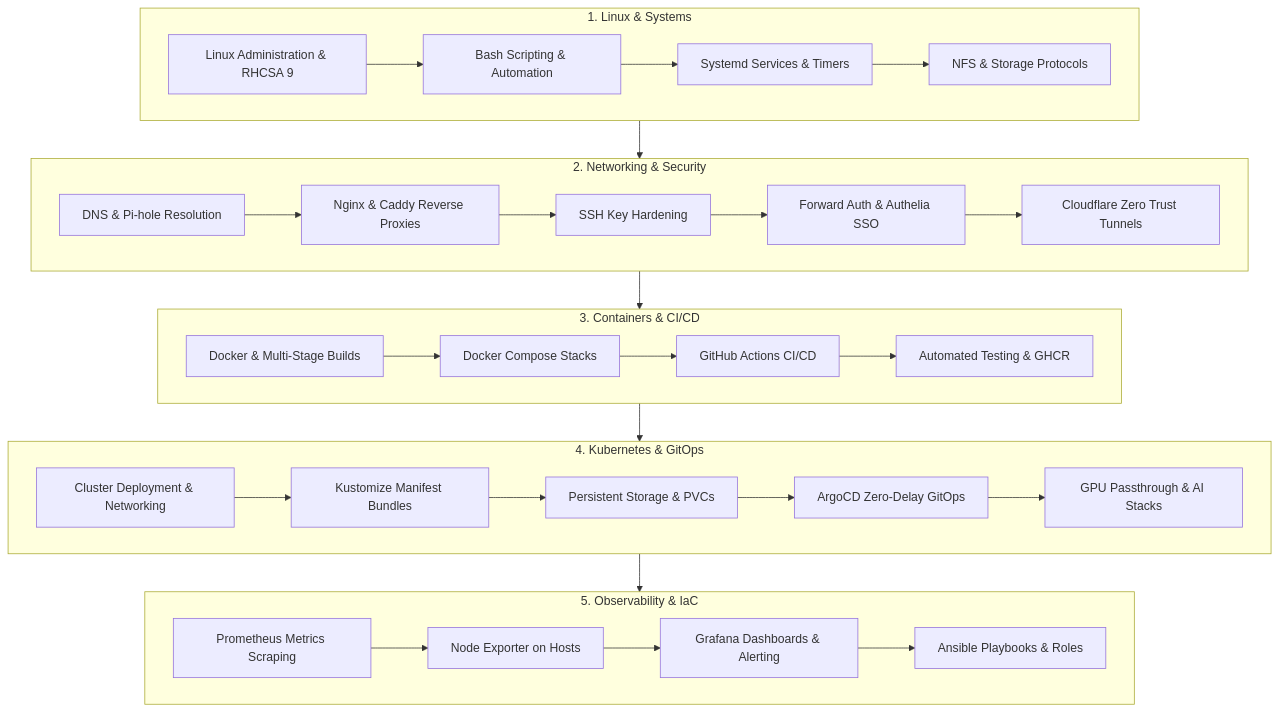
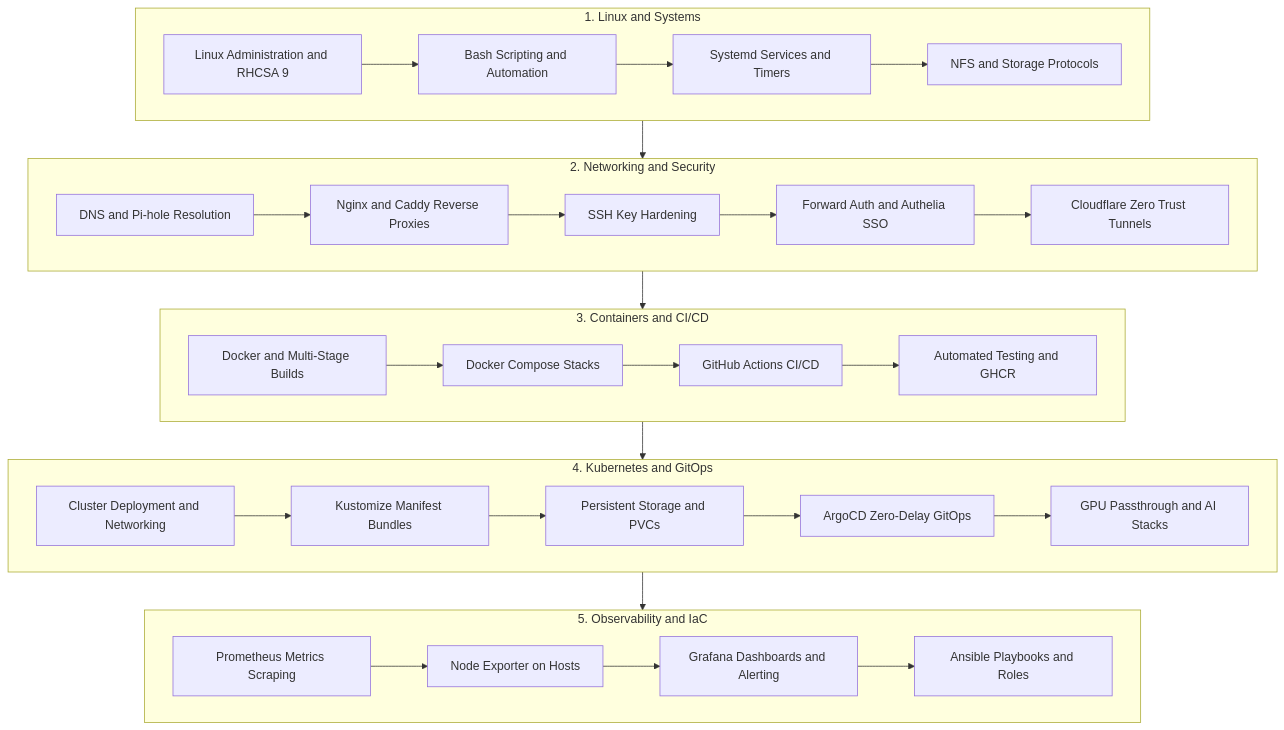
One commit to aayasir2177/homenode.online-personal-documentation changed the diagram in docs/overview/roadmap.md. Above: the diagram before and after it, drawn with Mermaid. The commit also changed other lines of this file and 9 other files, not shown here.

Commit message:
fix: integrate vitepress-plugin-mermaid for flowchart rendering

````diff
--- a/docs/overview/roadmap.md
+++ b/docs/overview/roadmap.md
@@ -21,39 +21,39 @@
 ```mermaid
 flowchart TD
-    subgraph S1["1. Linux & Systems"]
-        A1[Linux Administration & RHCSA 9] --> A2[Bash Scripting & Automation]
-        A2 --> A3[Systemd Services & Timers]
-        A3 --> A4[NFS & Storage Protocols]
+    subgraph S1["1. Linux and Systems"]
+        A1["Linux Administration and RHCSA 9"] --> A2["Bash Scripting and Automation"]
+        A2 --> A3["Systemd Services and Timers"]
+        A3 --> A4["NFS and Storage Protocols"]
     end
 
-    subgraph S2["2. Networking & Security"]
-        B1[DNS & Pi-hole Resolution] --> B2[Nginx & Caddy Reverse Proxies]
-        B2 --> B3[SSH Key Hardening]
-        B3 --> B4[Forward Auth & Authelia SSO]
-        B4 --> B5[Cloudflare Zero Trust Tunnels]
+    subgraph S2["2. Networking and Security"]
+        B1["DNS and Pi-hole Resolution"] --> B2["Nginx and Caddy Reverse Proxies"]
+        B2 --> B3["SSH Key Hardening"]
+        B3 --> B4["Forward Auth and Authelia SSO"]
+        B4 --> B5["Cloudflare Zero Trust Tunnels"]
     end
 
-    subgraph S3["3. Containers & CI/CD"]
-        C1[Docker & Multi-Stage Builds] --> C2[Docker Compose Stacks]
-        C2 --> C3[GitHub Actions CI/CD]
-        C3 --> C4[Automated Testing & GHCR]
+    subgraph S3["3. Containers and CI/CD"]
+        C1["Docker and Multi-Stage Builds"] --> C2["Docker Compose Stacks"]
+        C2 --> C3["GitHub Actions CI/CD"]
+        C3 --> C4["Automated Testing and GHCR"]
     end
 
-    subgraph S4["4. Kubernetes & GitOps"]
-        D1[Cluster Deployment & Networking] --> D2[Kustomize Manifest Bundles]
-        D2 --> D3[Persistent Storage & PVCs]
-        D3 --> D4[ArgoCD Zero-Delay GitOps]
-        D4 --> D5[GPU Passthrough & AI Stacks]
+    subgraph S4["4. Kubernetes and GitOps"]
+        D1["Cluster Deployment and Networking"] --> D2["Kustomize Manifest Bundles"]
+        D2 --> D3["Persistent Storage and PVCs"]
+        D3 --> D4["ArgoCD Zero-Delay GitOps"]
+        D4 --> D5["GPU Passthrough and AI Stacks"]
     end
 
-    subgraph S5["5. Observability & IaC"]
-        E1[Prometheus Metrics Scraping] --> E2[Node Exporter on Hosts]
-        E2 --> E3[Grafana Dashboards & Alerting]
-        E3 --> E4[Ansible Playbooks & Roles]
+    subgraph S5["5. Observability and IaC"]
+        E1["Prometheus Metrics Scraping"] --> E2["Node Exporter on Hosts"]
+        E2 --> E3["Grafana Dashboards and Alerting"]
+        E3 --> E4["Ansible Playbooks and Roles"]
     end
 
     S1 --> S2
     S2 --> S3
     S3 --> S4
     S4 --> S5
 ```
````
